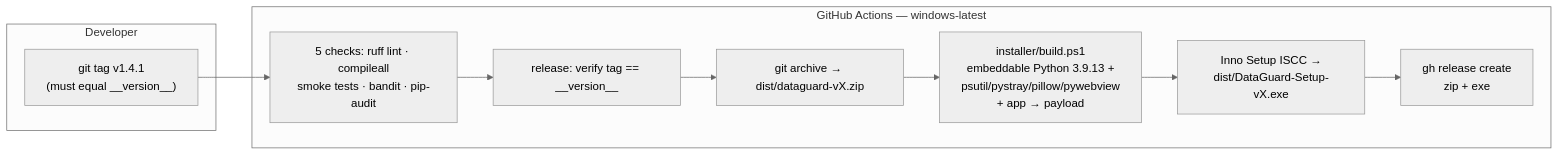
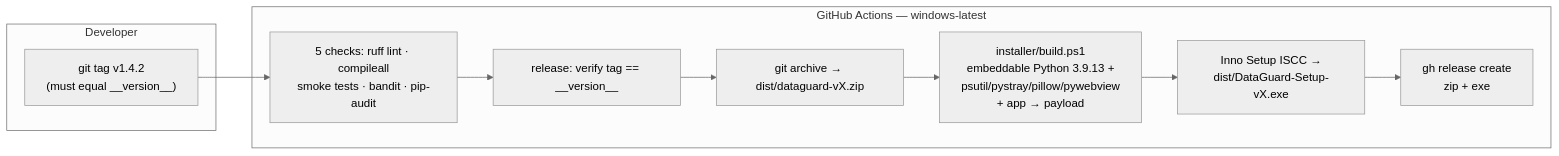
One commit to yassine808/network-tracker changed the seventh of 7 diagrams in README.md. Above: the diagram before and after it, drawn with Mermaid (neutral theme). The commit also changed other lines of this file and 1 other file, not shown here.

````diff
--- a/README.md
+++ b/README.md
@@ -515,17 +515,17 @@
 ```mermaid
 flowchart LR
     subgraph DEV["Developer"]
-        T["git tag v1.4.1<br/>(must equal __version__)"]
+        T["git tag v1.4.2<br/>(must equal __version__)"]
     end
 
     subgraph CI["GitHub Actions — windows-latest"]
         C1["5 checks: ruff lint · compileall<br/>smoke tests · bandit · pip-audit"]
         C2["release: verify tag == __version__"]
         C3["git archive → dist/dataguard-vX.zip"]
         C4["installer/build.ps1<br/>embeddable Python 3.9.13 +<br/>psutil/pystray/pillow/pywebview<br/>+ app → payload"]
         C5["Inno Setup ISCC →<br/>dist/DataGuard-Setup-vX.exe"]
         C6["gh release create<br/>zip + exe"]
     end
 
     T --> C1 --> C2 --> C3 --> C4 --> C5 --> C6
 ```
````
